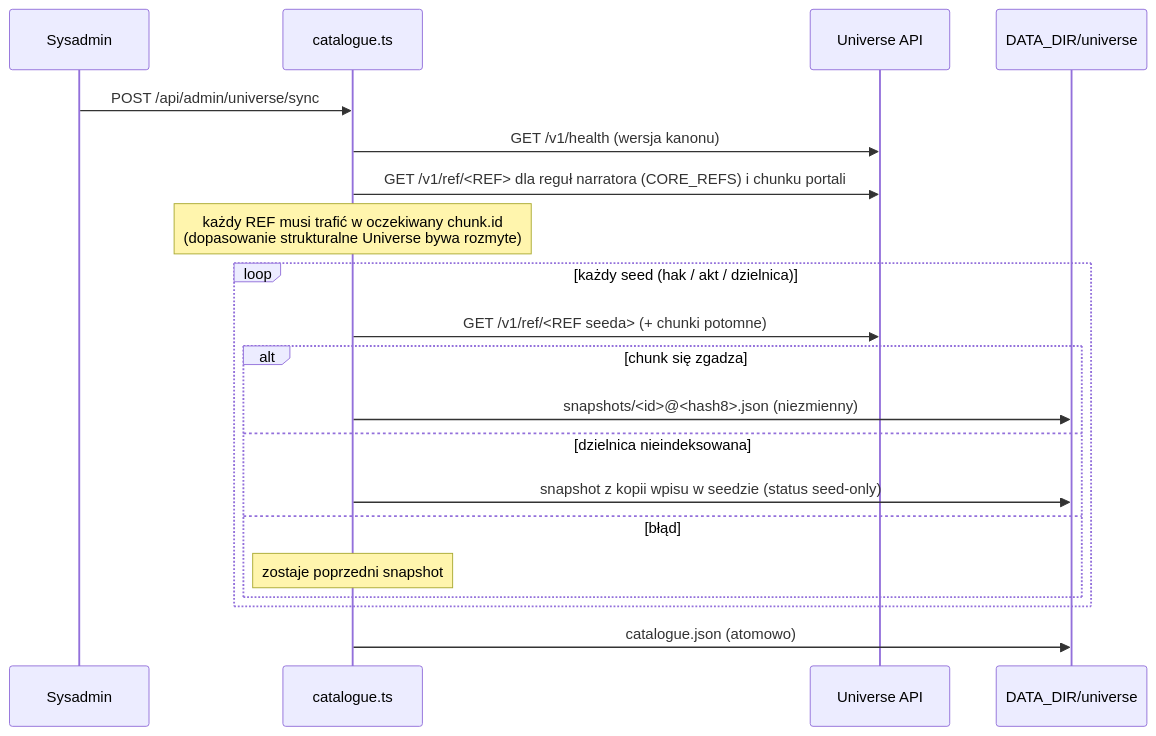
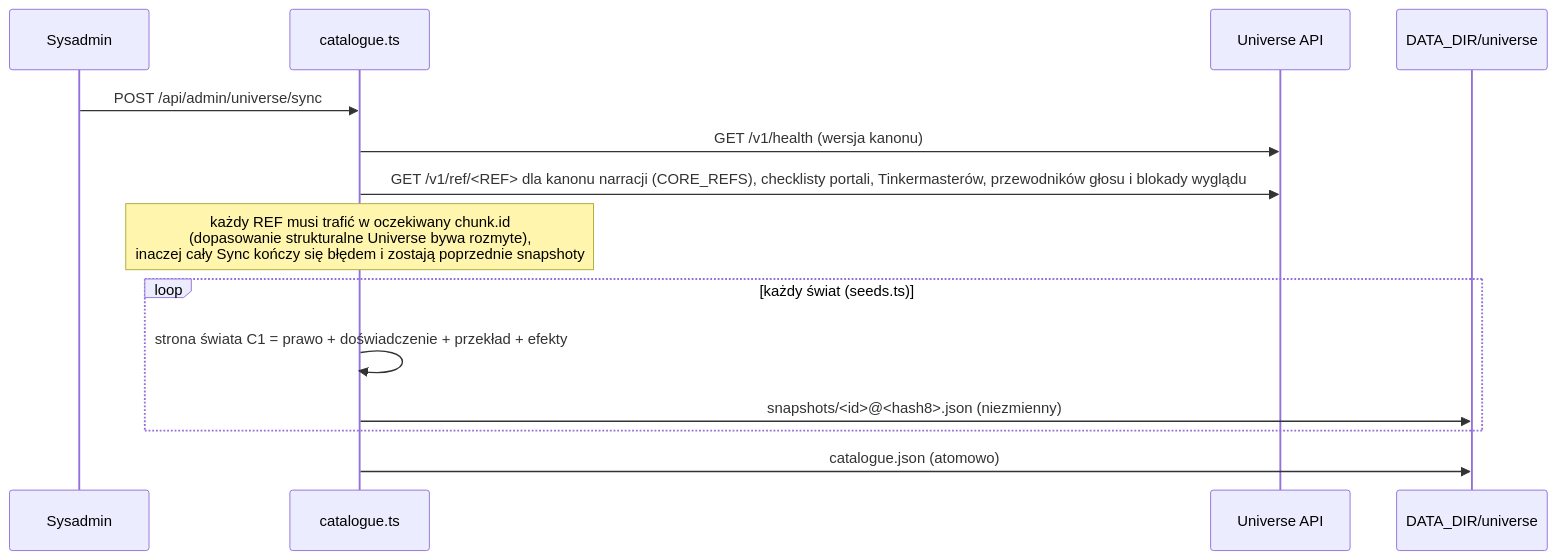
The third of 5 diagrams in docs/ARCHITEKTURA.md (reception-ifairy/book), drawn with Mermaid before and after one commit. The commit also changed other lines of this file and 56 other files, not shown here.

````diff
--- a/docs/ARCHITEKTURA.md
+++ b/docs/ARCHITEKTURA.md
@@ -161,23 +157,17 @@
 ```mermaid
 sequenceDiagram
   participant S as Sysadmin
   participant C as catalogue.ts
   participant U as Universe API
   participant D as DATA_DIR/universe
 
   S->>C: POST /api/admin/universe/sync
   C->>U: GET /v1/health (wersja kanonu)
-  C->>U: GET /v1/ref/<REF> dla reguł narratora (CORE_REFS) i chunku portali
-  Note over C: każdy REF musi trafić w oczekiwany chunk.id<br/>(dopasowanie strukturalne Universe bywa rozmyte)
-  loop każdy seed (hak / akt / dzielnica)
-    C->>U: GET /v1/ref/<REF seeda> (+ chunki potomne)
-    alt chunk się zgadza
-      C->>D: snapshots/<id>@<hash8>.json (niezmienny)
-    else dzielnica nieindeksowana
-      C->>D: snapshot z kopii wpisu w seedzie (status seed-only)
-    else błąd
-      Note over C: zostaje poprzedni snapshot
-    end
+  C->>U: GET /v1/ref/<REF> dla kanonu narracji (CORE_REFS), checklisty portali, Tinkermasterów, przewodników głosu i blokady wyglądu
+  Note over C: każdy REF musi trafić w oczekiwany chunk.id<br/>(dopasowanie strukturalne Universe bywa rozmyte),<br/>inaczej cały Sync kończy się błędem i zostają poprzednie snapshoty
+  loop każdy świat (seeds.ts)
+    C->>C: strona świata C1 = prawo + doświadczenie + przekład + efekty
+    C->>D: snapshots/<id>@<hash8>.json (niezmienny)
   end
   C->>D: catalogue.json (atomowo)
 ```
````
